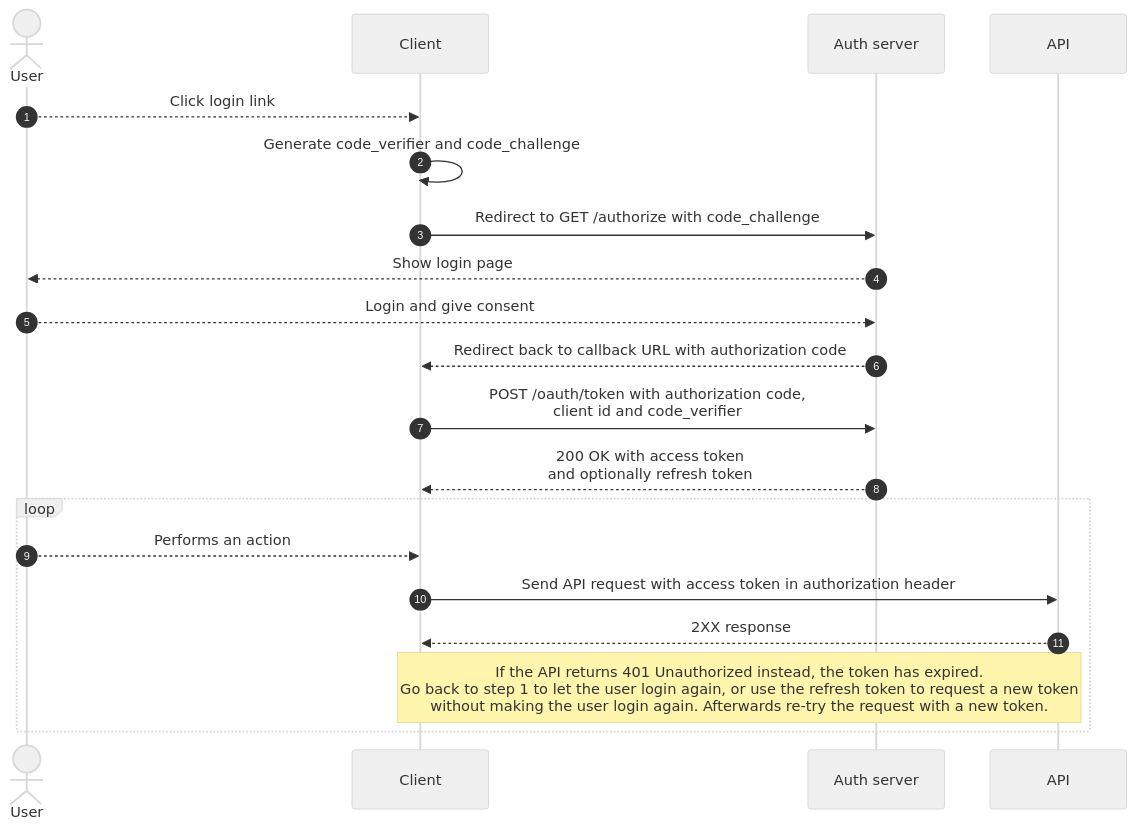
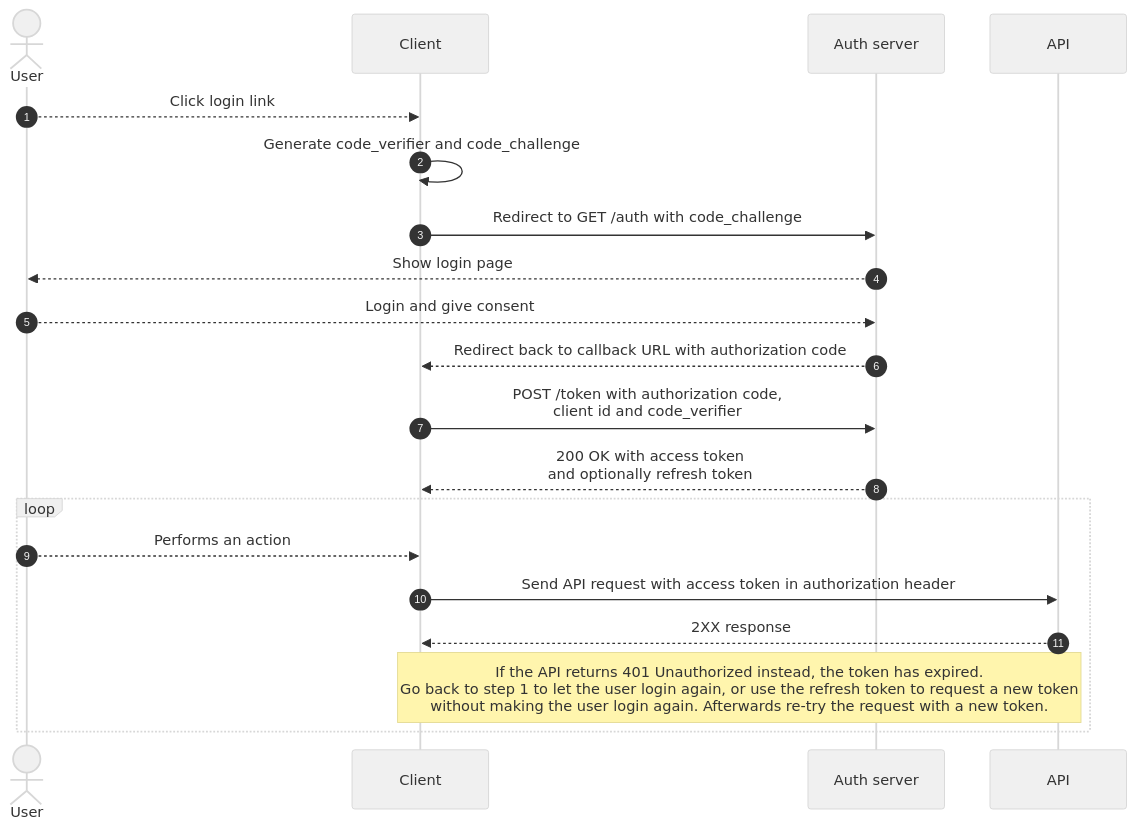
Before and after one commit to cultuurnet/apidocs: the second of 2 diagrams in projects/authentication/docs/user-access-token.md, drawn with Mermaid. The commit also changed other lines of this file, not shown here.

Commit message:
PK-41 update user access token documentation to keycloak

````diff
--- a/projects/authentication/docs/user-access-token.md
+++ b/projects/authentication/docs/user-access-token.md
@@ -155,20 +158,20 @@
 ```mermaid
 %%{init: {'theme':'base', 'themeVariables': { 'primaryColor': '#f0f0f0', 'fontFamily': 'Helvetica' }, 'sequence': { 'actorFontFamily': 'Helvetica', 'noteFontFamily': 'Helvetica', 'messageFontFamily': 'Helvetica' } }}%%
 sequenceDiagram
     autonumber
     actor User
     User-->>Client: Click login link
     Client->>Client: Generate code_verifier and code_challenge
-    Client->>Auth server: Redirect to GET /authorize with code_challenge
+    Client->>Auth server: Redirect to GET /auth with code_challenge
     Auth server-->>User: Show login page
     User-->>Auth server: Login and give consent
     Auth server-->>Client: Redirect back to callback URL with authorization code
-    Client->>Auth server: POST /oauth/token with authorization code,<br /> client id and code_verifier
+    Client->>Auth server: POST /token with authorization code,<br /> client id and code_verifier
     Auth server-->>Client: 200 OK with access token<br /> and optionally refresh token
     loop
         User-->>Client: Performs an action
         Client->>API: Send API request with access token in authorization header
         API-->>Client: 2XX response
         note over API,Client: If the API returns 401 Unauthorized instead, the token has expired.<br />Go back to step 1 to let the user login again, or use the refresh token to request a new token<br />without making the user login again. Afterwards re-try the request with a new token.
     end
 ```
````
